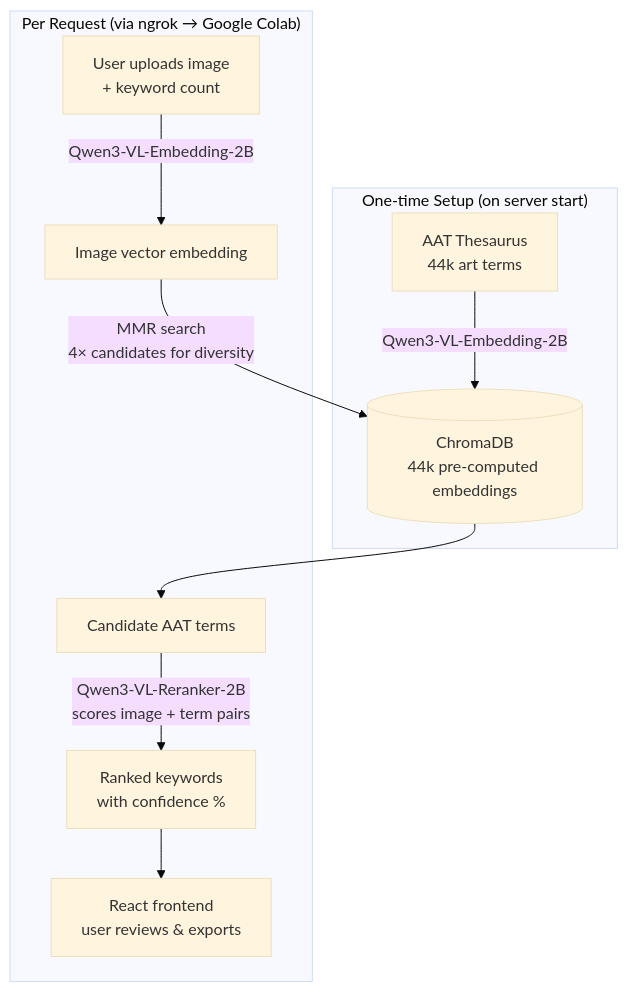
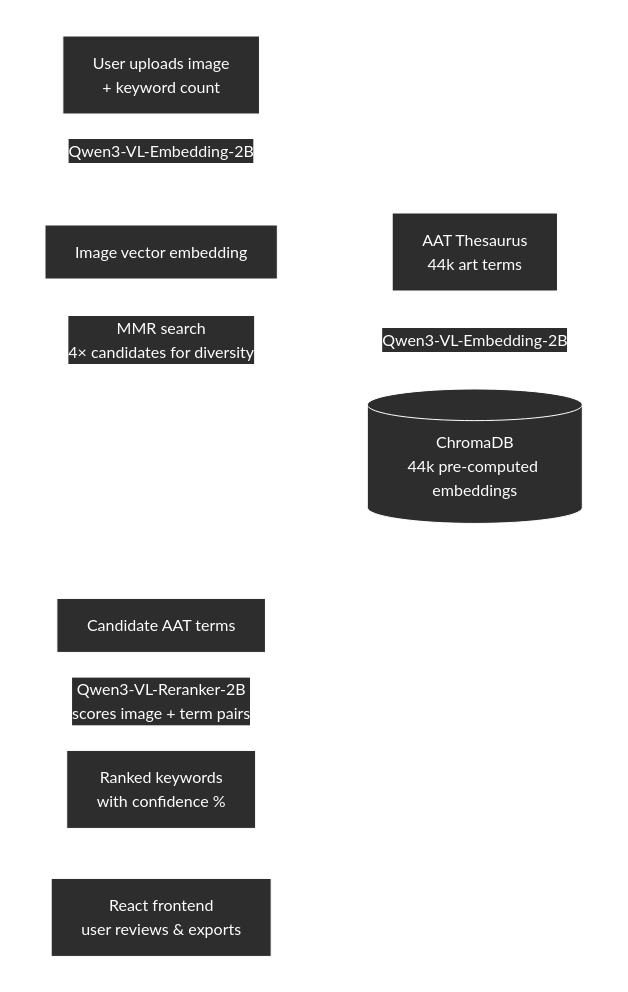
One commit to cs2535-oakhoury-2026spring/Mills-Museum changed the diagram in README.md. Above: the diagram before and after it, drawn with Mermaid.

Commit message:
Enhance Mermaid chart theme settings in README
Updated Mermaid chart configuration for better theming.

````diff
--- a/README.md
+++ b/README.md
@@ -59,15 +59,26 @@
 ```mermaid
-%%{init: {'theme': 'base'}}%%
+%%{init: {
+  'theme': 'base',
+  'themeVariables': {
+    'lineColor': '#FFFFFF',
+    'primaryColor': '#2d2d2d',
+    'primaryTextColor': '#FFFFFF',
+    'primaryBorderColor': '#FFFFFF',
+    'clusterBkg': 'transparent',
+    'clusterBorder': 'none',
+    'tertiaryColor': 'transparent'
+  }
+}}%%
 flowchart TD
     subgraph Setup["One-time Setup (on server start)"]
         A["AAT Thesaurus\n44k art terms"] -->|"Qwen3-VL-Embedding-2B"| B[("ChromaDB\n44k pre-computed embeddings")]
     end
 
     subgraph Request["Per Request (via ngrok → Google Colab)"]
         C["User uploads image\n+ keyword count"] -->|"Qwen3-VL-Embedding-2B"| D["Image vector embedding"]
         D -->|"MMR search\n4× candidates for diversity"| B
         B --> E["Candidate AAT terms"]
         E -->|"Qwen3-VL-Reranker-2B\nscores image + term pairs"| F["Ranked keywords\nwith confidence %"]
         F --> G["React frontend\nuser reviews & exports"]
     end
 ```
````
